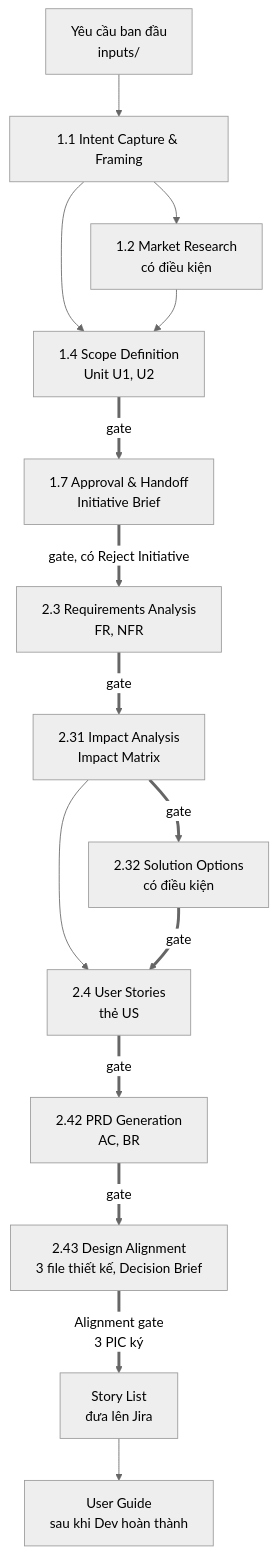
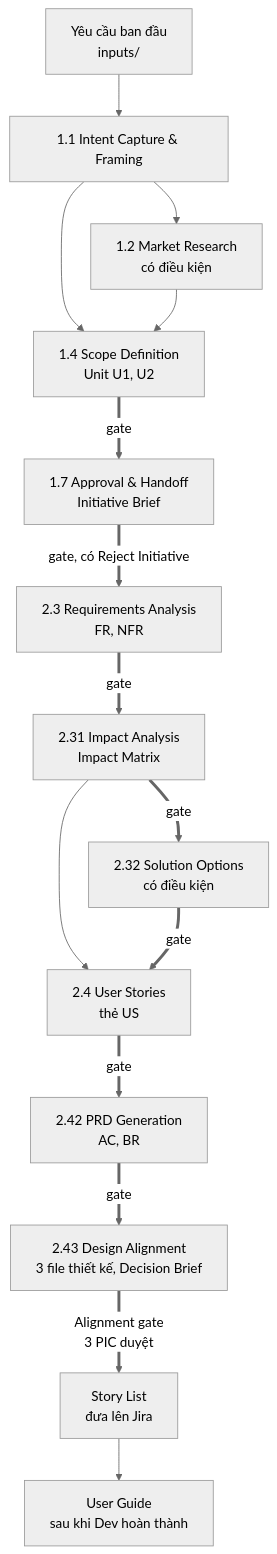
The first of 2 diagrams in README.md (buidhui/po_workflow), drawn with Mermaid (neutral theme) before and after one commit. The commit also changed other lines of this file and 21 other files, not shown here.

````diff
--- a/README.md
+++ b/README.md
@@ -122,17 +122,17 @@
 ```mermaid
 flowchart TD
     IN["Yêu cầu ban đầu<br/>inputs/"] --> S11["1.1 Intent Capture & Framing"]
     S11 --> S12["1.2 Market Research<br/>có điều kiện"]
     S11 --> S14["1.4 Scope Definition<br/>Unit U1, U2"]
     S12 --> S14
     S14 ==>|"gate"| S17["1.7 Approval & Handoff<br/>Initiative Brief"]
     S17 ==>|"gate, có Reject Initiative"| S23["2.3 Requirements Analysis<br/>FR, NFR"]
     S23 ==>|"gate"| S231["2.31 Impact Analysis<br/>Impact Matrix"]
     S231 ==>|"gate"| S232["2.32 Solution Options<br/>có điều kiện"]
     S231 --> S24
     S232 ==>|"gate"| S24["2.4 User Stories<br/>thẻ US"]
     S24 ==>|"gate"| S242["2.42 PRD Generation<br/>AC, BR"]
     S242 ==>|"gate"| S243["2.43 Design Alignment<br/>3 file thiết kế, Decision Brief"]
-    S243 ==>|"Alignment gate<br/>3 PIC ký"| ST["Story List<br/>đưa lên Jira"]
+    S243 ==>|"Alignment gate<br/>3 PIC duyệt"| ST["Story List<br/>đưa lên Jira"]
     ST --> UG["User Guide<br/>sau khi Dev hoàn thành"]
 ```
````
